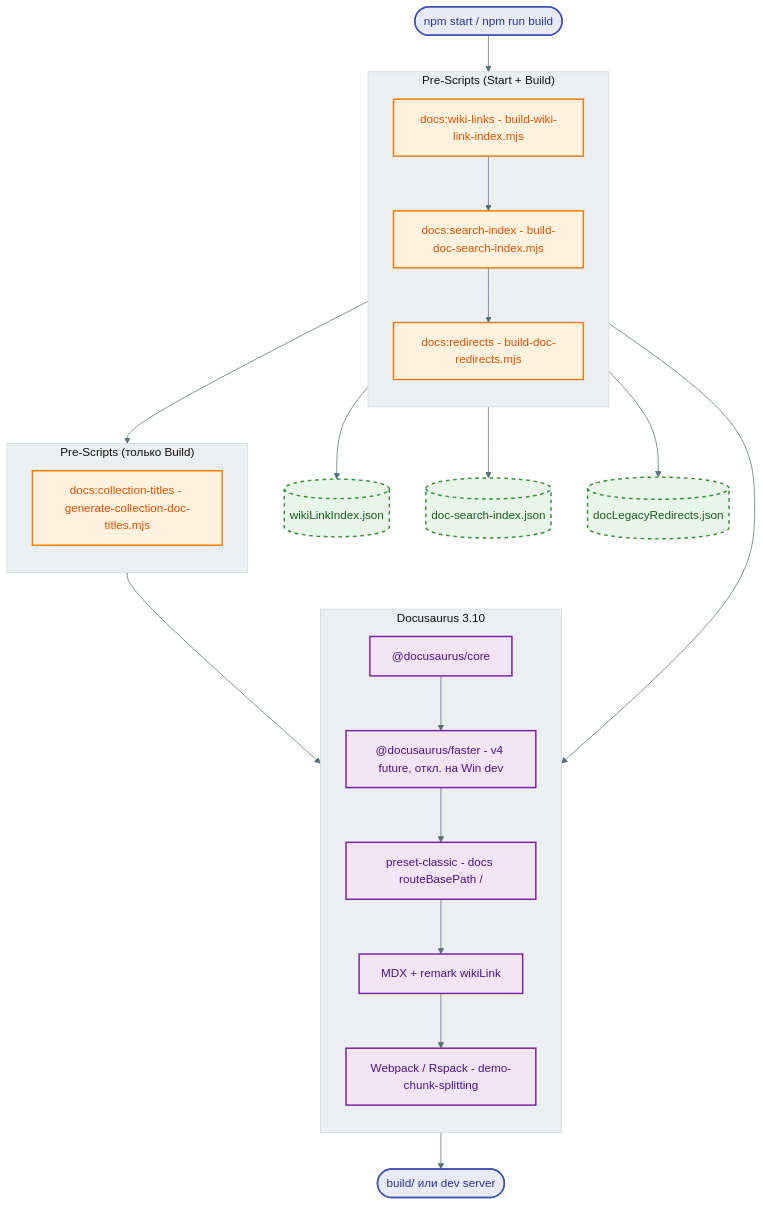
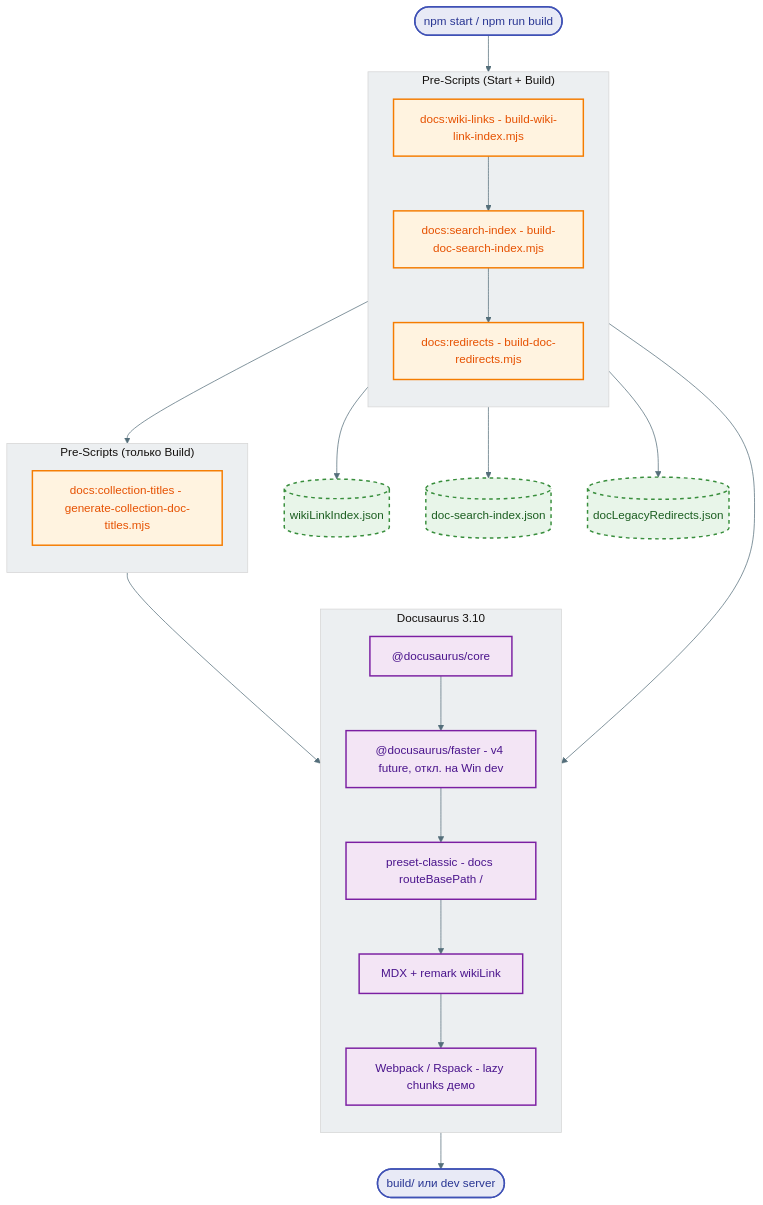
Before and after one commit to Spirzen/it-knowledge-base: the second of 2 diagrams in docs/about/project.md, drawn with Mermaid. The commit also changed other lines of this file and 2876 other files, not shown here.

Commit message:
New architecture

````diff
--- a/docs/about/project.md
+++ b/docs/about/project.md
@@ -239,51 +222,51 @@
 ```mermaid
 %%{init: {'theme': 'base', 'themeVariables': { 'primaryColor': '#e3f2fd', 'primaryTextColor': '#0d47a1', 'primaryBorderColor': '#1565c0', 'lineColor': '#546e7a', 'secondaryColor': '#f5f5f5', 'tertiaryColor': '#eceff1'}}}%%
 
 flowchart TB
   classDef io fill:#e8eaf6,stroke:#3f51b5,stroke-width:2px,color:#283593
   classDef script fill:#fff3e0,stroke:#f57c00,stroke-width:2px,color:#e65100
   classDef core fill:#f3e5f5,stroke:#7b1fa2,stroke-width:2px,color:#4a148c
   classDef file fill:#e8f5e9,stroke:#388e3c,stroke-width:2px,color:#1b5e20,stroke-dasharray: 5 5
 
   Start(["npm start / npm run build"]):::io
 
   subgraph preStart ["Pre-Scripts (Start + Build)"]
     direction TB
     W["docs:wiki-links - build-wiki-link-index.mjs"]:::script
     S["docs:search-index - build-doc-search-index.mjs"]:::script
     R["docs:redirects - build-doc-redirects.mjs"]:::script
   end
 
   subgraph preBuildOnly ["Pre-Scripts (только Build)"]
     direction TB
     CT["docs:collection-titles - generate-collection-doc-titles.mjs"]:::script
   end
 
   subgraph docusaurus ["Docusaurus 3.10"]
     direction TB
     DC["@docusaurus/core"]:::core
     Faster["@docusaurus/faster - v4 future, откл. на Win dev"]:::core
     Preset["preset-classic - docs routeBasePath /"]:::core
     MDX["MDX + remark wikiLink"]:::core
-    Webpack["Webpack / Rspack - demo-chunk-splitting"]:::core
+    Webpack["Webpack / Rspack - lazy chunks демо"]:::core
   end
 
   Out(["build/ или dev server"]):::io
 
   WikiOut[("wikiLinkIndex.json")]:::file
   SearchOut[("doc-search-index.json")]:::file
   RedirOut[("docLegacyRedirects.json")]:::file
 
   Start --> W
   W --> WikiOut
   W --> S
   S --> SearchOut
   S --> R
   R --> RedirOut
 
   R --> CT
   CT --> DC
   R --> DC
 
   DC --> Faster --> Preset --> MDX --> Webpack --> Out
 ```
````
